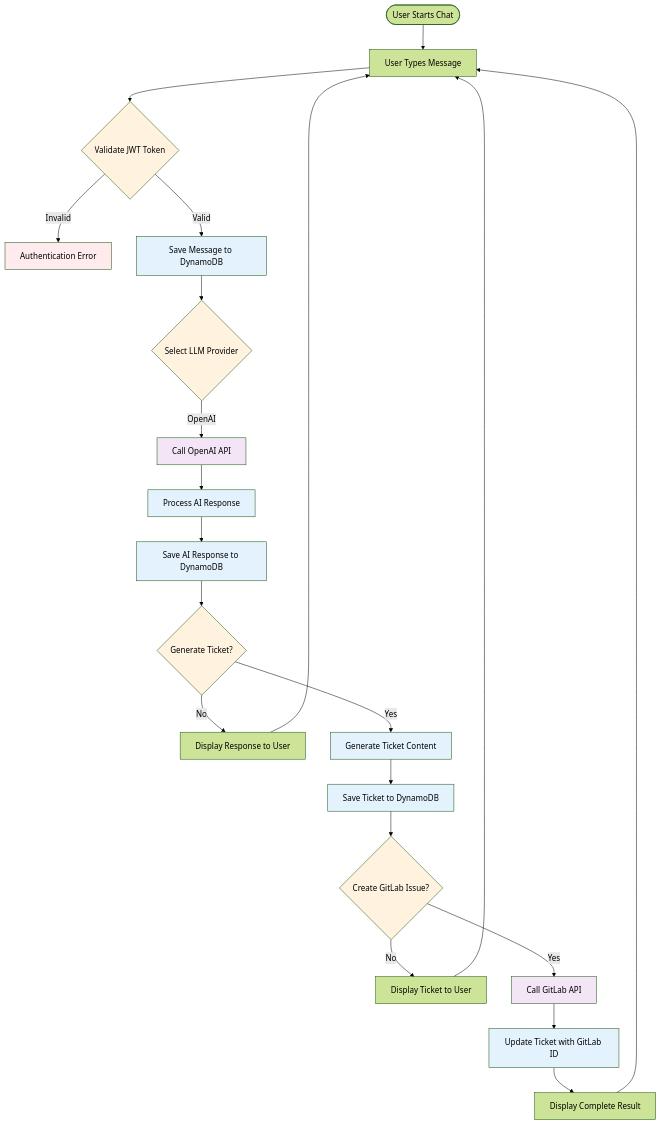
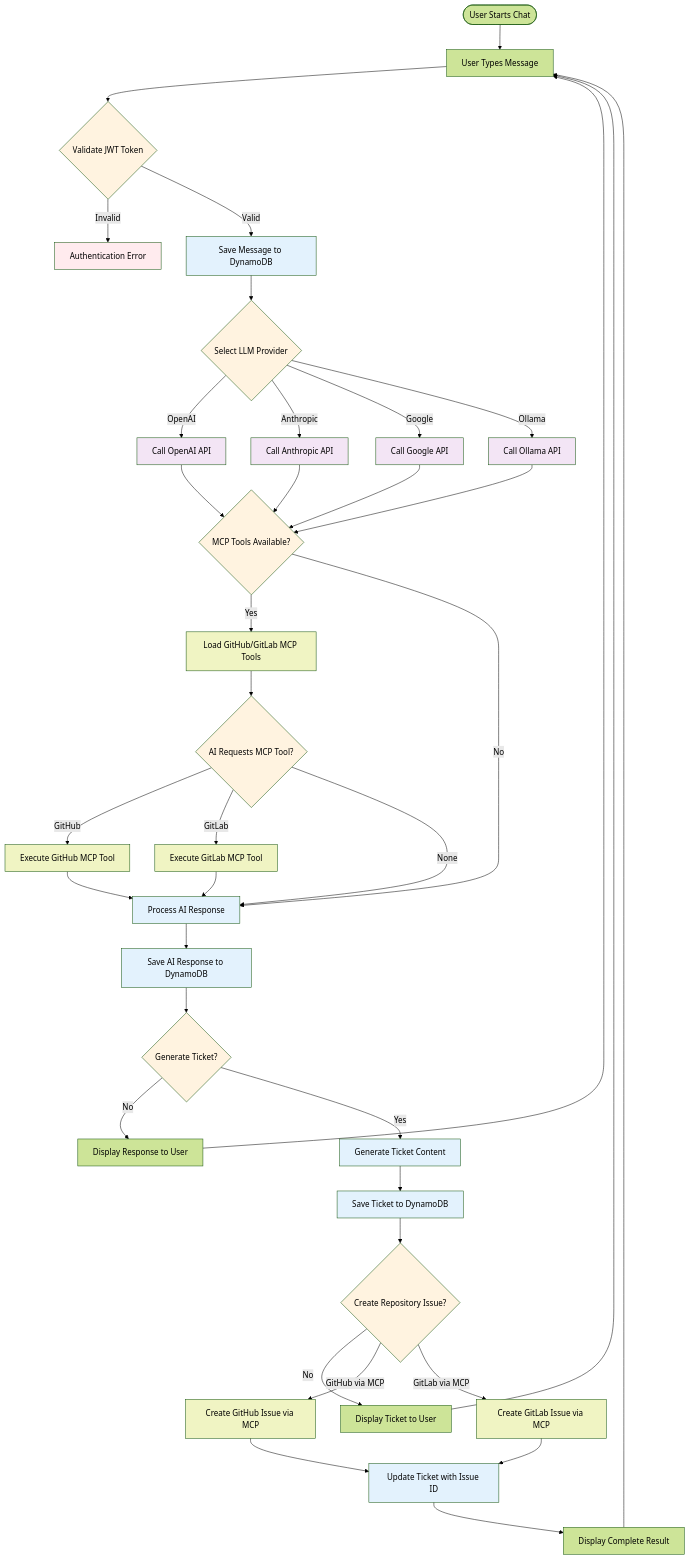
One commit to gurungabit/PromptToIssuev2 changed the third of 9 diagrams in mermaid.md. Above: the diagram before and after it, drawn with Mermaid (forest theme). The commit also changed other lines of this file and 1 other file, not shown here.

First line of the commit message:
Enhance mermaid diagrams and integrate MCP tool flow

````diff
--- a/mermaid.md
+++ b/mermaid.md
@@ -92,41 +108,62 @@
 ```mermaid
 flowchart TD
     START([User Starts Chat]) --> INPUT[User Types Message]
     INPUT --> VALIDATE{Validate JWT Token}
     VALIDATE -->|Invalid| AUTH_ERROR[Authentication Error]
     VALIDATE -->|Valid| SAVE_MSG[Save Message to DynamoDB]
 
     SAVE_MSG --> LLM_SELECT{Select LLM Provider}
     LLM_SELECT -->|OpenAI| OPENAI[Call OpenAI API]
+    LLM_SELECT -->|Anthropic| ANTHROPIC[Call Anthropic API]
+    LLM_SELECT -->|Google| GOOGLE[Call Google API]
+    LLM_SELECT -->|Ollama| OLLAMA[Call Ollama API]
 
-    OPENAI --> PROCESS[Process AI Response]
+    OPENAI --> MCP_TOOLS{MCP Tools Available?}
+    ANTHROPIC --> MCP_TOOLS
+    GOOGLE --> MCP_TOOLS
+    OLLAMA --> MCP_TOOLS
+
+    MCP_TOOLS -->|Yes| LOAD_MCP[Load GitHub/GitLab MCP Tools]
+    MCP_TOOLS -->|No| PROCESS[Process AI Response]
+    
+    LOAD_MCP --> MCP_CALL{AI Requests MCP Tool?}
+    MCP_CALL -->|GitHub| GITHUB_MCP[Execute GitHub MCP Tool]
+    MCP_CALL -->|GitLab| GITLAB_MCP[Execute GitLab MCP Tool]
+    MCP_CALL -->|None| PROCESS
+    
+    GITHUB_MCP --> PROCESS
+    GITLAB_MCP --> PROCESS
 
     PROCESS --> SAVE_RESPONSE[Save AI Response to DynamoDB]
     SAVE_RESPONSE --> CHECK_TICKET{Generate Ticket?}
 
     CHECK_TICKET -->|No| DISPLAY[Display Response to User]
     CHECK_TICKET -->|Yes| GENERATE_TICKET[Generate Ticket Content]
 
     GENERATE_TICKET --> SAVE_TICKET[Save Ticket to DynamoDB]
-    SAVE_TICKET --> GITLAB_CREATE{Create GitLab Issue?}
+    SAVE_TICKET --> REPO_CREATE{Create Repository Issue?}
 
-    GITLAB_CREATE -->|No| DISPLAY_TICKET[Display Ticket to User]
-    GITLAB_CREATE -->|Yes| GITLAB_API[Call GitLab API]
+    REPO_CREATE -->|No| DISPLAY_TICKET[Display Ticket to User]
+    REPO_CREATE -->|GitHub via MCP| GITHUB_ISSUE[Create GitHub Issue via MCP]
+    REPO_CREATE -->|GitLab via MCP| GITLAB_ISSUE[Create GitLab Issue via MCP]
 
-    GITLAB_API --> UPDATE_TICKET[Update Ticket with GitLab ID]
+    GITHUB_ISSUE --> UPDATE_TICKET[Update Ticket with Issue ID]
+    GITLAB_ISSUE --> UPDATE_TICKET
     UPDATE_TICKET --> DISPLAY_COMPLETE[Display Complete Result]
 
     DISPLAY --> INPUT
     DISPLAY_TICKET --> INPUT
     DISPLAY_COMPLETE --> INPUT
 
     classDef process fill:#e3f2fd
     classDef decision fill:#fff3e0
     classDef external fill:#f3e5f5
     classDef error fill:#ffebee
+    classDef mcp fill:#f0f4c3
 
     class SAVE_MSG,PROCESS,SAVE_RESPONSE,GENERATE_TICKET,SAVE_TICKET,UPDATE_TICKET process
-    class VALIDATE,LLM_SELECT,CHECK_TICKET,GITLAB_CREATE decision
-    class OPENAI,GITLAB_API external
+    class VALIDATE,LLM_SELECT,CHECK_TICKET,REPO_CREATE,MCP_TOOLS,MCP_CALL decision
+    class OPENAI,ANTHROPIC,GOOGLE,OLLAMA external
+    class LOAD_MCP,GITHUB_MCP,GITLAB_MCP,GITHUB_ISSUE,GITLAB_ISSUE mcp
     class AUTH_ERROR error
 ```
````
